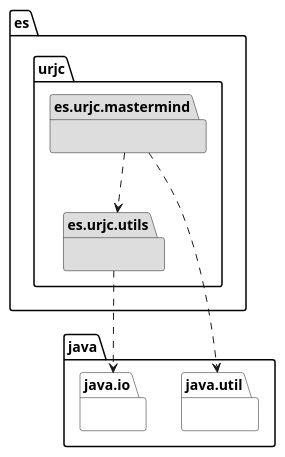
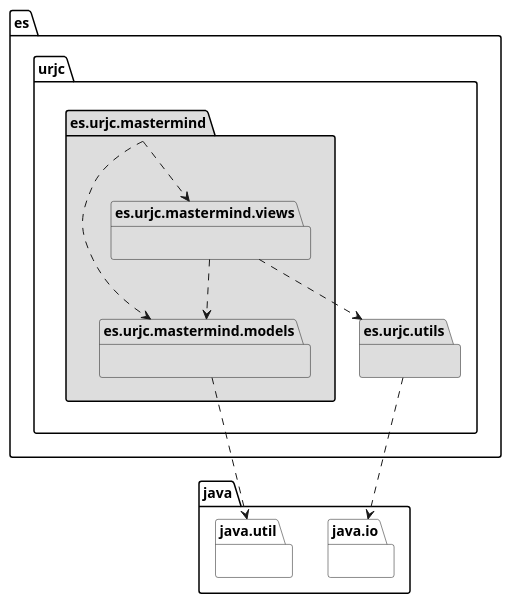
One commit to TheMercuryBeat/MasterMind changed the diagram in docs/uml/MasterMindArquitecture.puml. Above: the diagram before and after it, drawn with PlantUML. The commit also changed 9 other files, not shown here.

Commit message:
Add views and models diagrams Update docs

```diff
--- a/docs/uml/MasterMindArquitecture.puml
+++ b/docs/uml/MasterMindArquitecture.puml
@@ -1,12 +1,17 @@
 @startuml
 
 package es.urjc.mastermind #DDDDDD{}
+package es.urjc.mastermind.models #DDDDDD{}
+package es.urjc.mastermind.views #DDDDDD{}
 package es.urjc.utils #DDDDDD{}
 package java.util #FFFFFF{}
 package java.io #FFFFFF{}
 
-es.urjc.mastermind ..> es.urjc.utils
-es.urjc.mastermind ..> java.util
+es.urjc.mastermind ..> es.urjc.mastermind.models
+es.urjc.mastermind ..> es.urjc.mastermind.views
+es.urjc.mastermind.views ..> es.urjc.mastermind.models
+es.urjc.mastermind.views ..> es.urjc.utils
+es.urjc.mastermind.models ..> java.util
 es.urjc.utils ..> java.io
 
 @enduml
```
